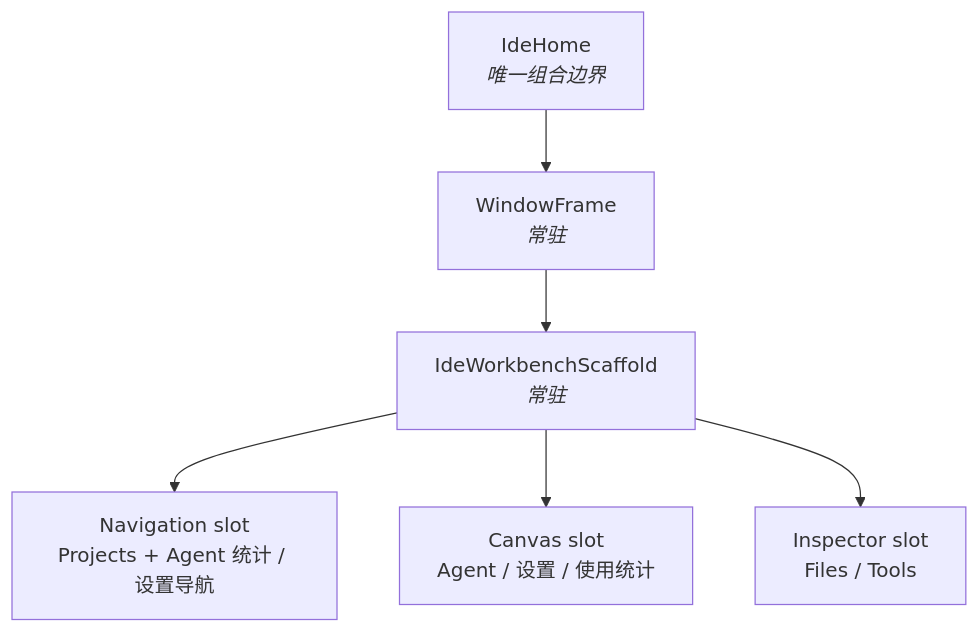
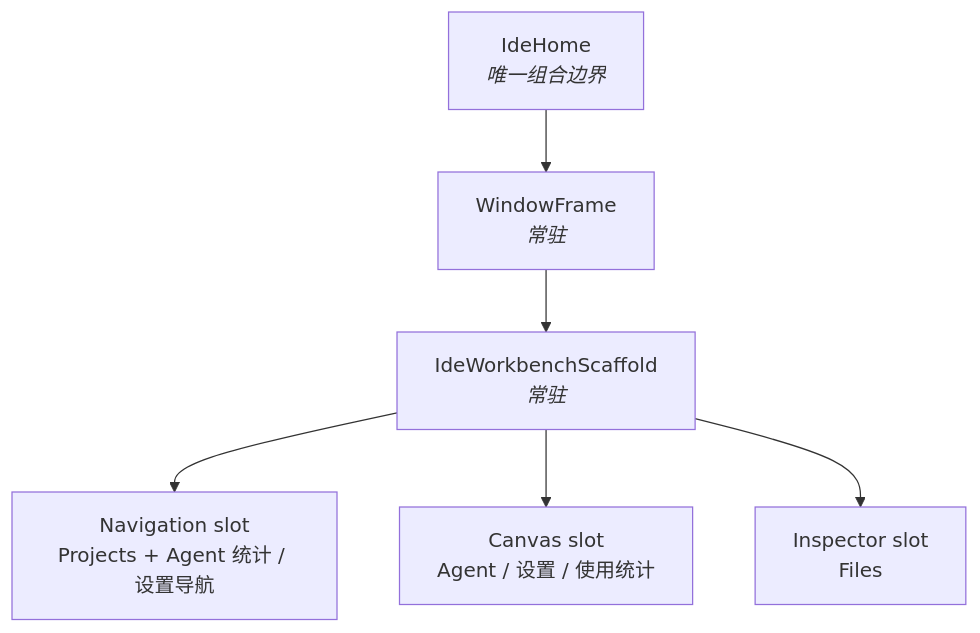
One commit to linpeilie/zeta changed the fifth of 5 diagrams in docs/architecture/overview.md. Above: the diagram before and after it, drawn with Mermaid. The commit also changed other lines of this file and 7 other files, not shown here.

````diff
--- a/docs/architecture/overview.md
+++ b/docs/architecture/overview.md
@@ -171,8 +171,8 @@
 ```mermaid
 flowchart TD
     home["IdeHome<br/><i>唯一组合边界</i>"] --> frame["WindowFrame<br/><i>常驻</i>"]
     frame --> scaffold["IdeWorkbenchScaffold<br/><i>常驻</i>"]
     scaffold --> nav["Navigation slot<br/>Projects + Agent 统计 / 设置导航"]
     scaffold --> canvas["Canvas slot<br/>Agent / 设置 / 使用统计"]
-    scaffold --> insp["Inspector slot<br/>Files / Tools"]
+    scaffold --> insp["Inspector slot<br/>Files"]
 ```
````
